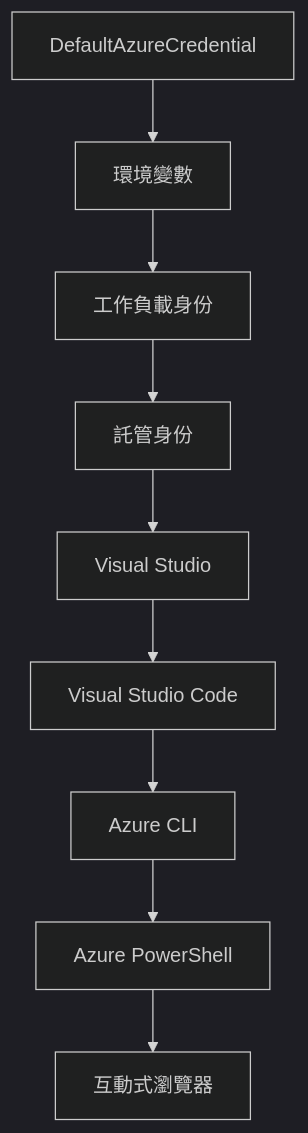
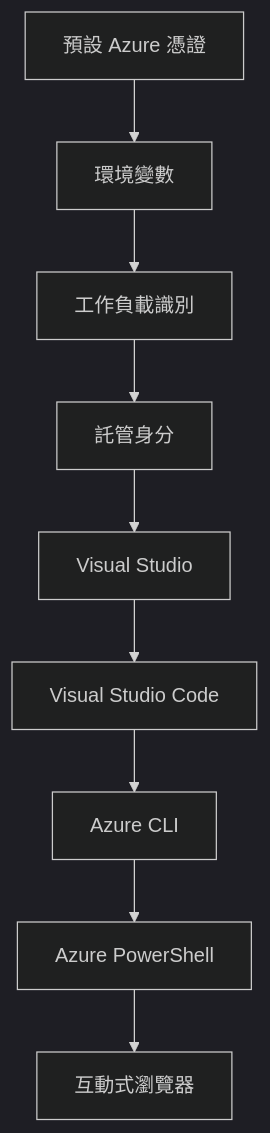
Before and after one commit to microsoft/AZD-for-beginners: the second of 2 diagrams in translations/zh-HK/docs/chapter-01-foundation/azd-basics.md, drawn with Mermaid (dark theme). The commit also changed other lines of this file and 101 other files, not shown here.

````diff
--- a/translations/zh-HK/docs/chapter-01-foundation/azd-basics.md
+++ b/translations/zh-HK/docs/chapter-01-foundation/azd-basics.md
@@ -591,11 +592,11 @@
 ```mermaid
 graph TD
-    A[DefaultAzureCredential] --> B[環境變數]
-    B --> C[工作負載身份]
-    C --> D[託管身份]
+    A[預設 Azure 憑證] --> B[環境變數]
+    B --> C[工作負載識別]
+    C --> D[託管身分]
     D --> E[Visual Studio]
     E --> F[Visual Studio Code]
     F --> G[Azure CLI]
     G --> H[Azure PowerShell]
     H --> I[互動式瀏覽器]
 ```
````
